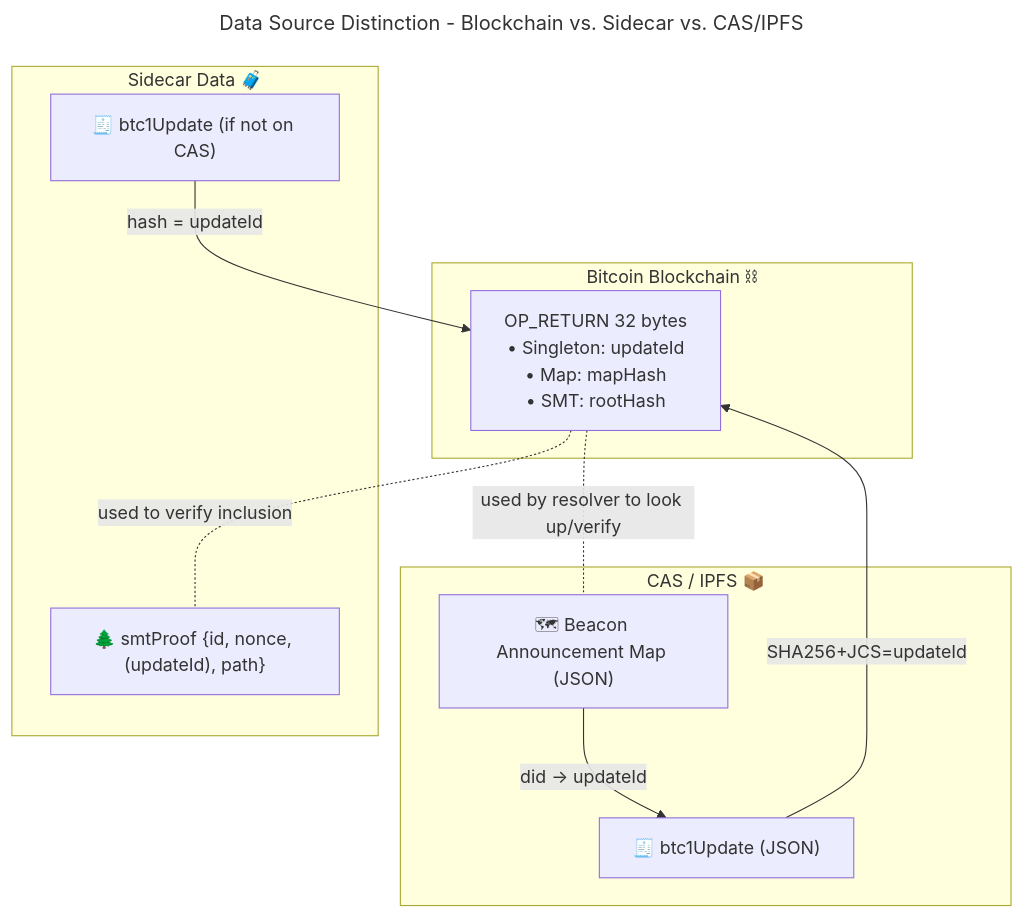
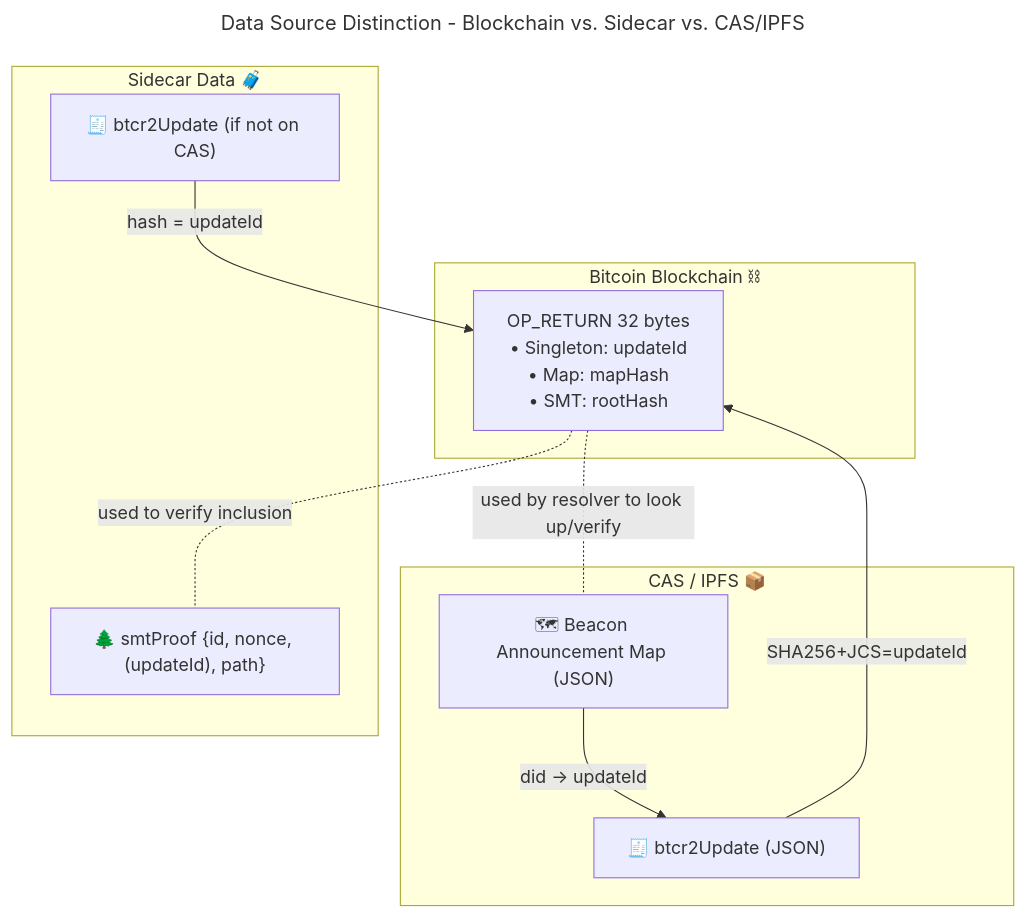
Before and after one commit to jintekc/website-btcr2-dev: the diagram in docs/public/diagrams/okrs/o1-kr3.2.mmd, drawn with Mermaid. The commit also changed 20 other files, not shown here.

```diff
--- a/docs/public/diagrams/okrs/o1-kr3.2.mmd
+++ b/docs/public/diagrams/okrs/o1-kr3.2.mmd
@@ -1,24 +1,24 @@
 ---
 title: "Data Source Distinction - Blockchain vs. Sidecar vs. CAS/IPFS"
 ---
 
 flowchart TB
     subgraph On_Chain[Bitcoin Blockchain ⛓]
       OP32[OP_RETURN 32 bytes<br/>• Singleton: updateId<br/>• Map: mapHash<br/>• SMT: rootHash]
     end
 
     subgraph Off_Chain_Public["CAS / IPFS 📦"]
       MAP["🗺 Beacon Announcement Map (JSON)"]
-      UPD["🧾 btc1Update (JSON)"]
+      UPD["🧾 btcr2Update (JSON)"]
     end
 
     subgraph Off_Chain_Private[Sidecar Data 🧳]
       PROOF["🌲 smtProof {id, nonce, (updateId), path}"]
-      DOCS["🧾 btc1Update (if not on CAS)"]
+      DOCS["🧾 btcr2Update (if not on CAS)"]
     end
 
     OP32 -. used by resolver to look up/verify .- MAP
     OP32 -. used to verify inclusion .- PROOF
     MAP -->|did → updateId| UPD
     DOCS -->|hash = updateId| OP32
     UPD -->|SHA256+JCS=updateId| OP32
```
